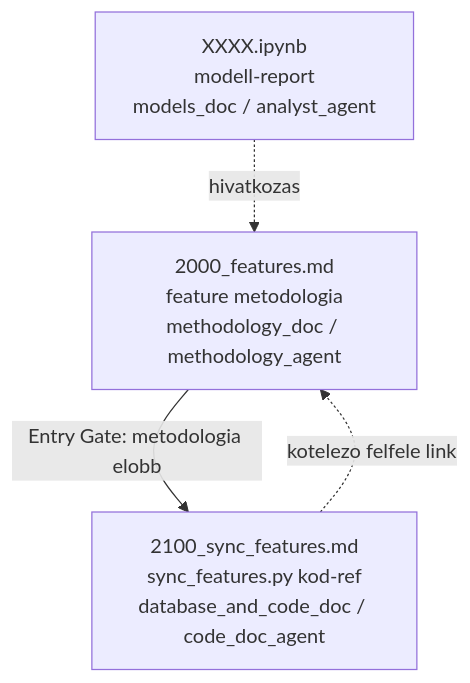
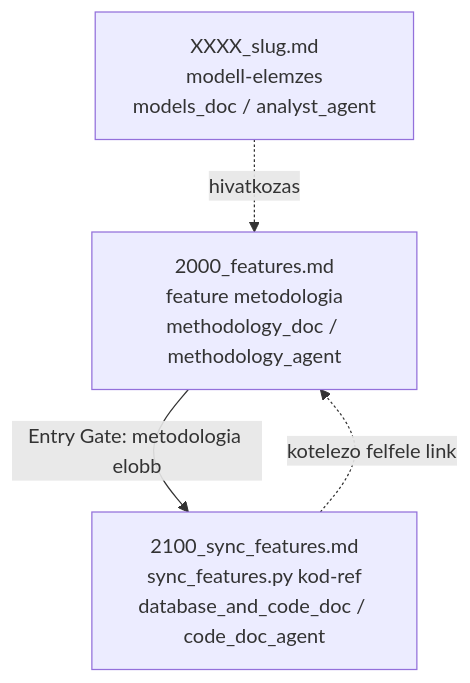
One commit to Nemesis14/chronoquant changed diagram 19 of 24 in _doc_/0001_agentic_system.md. Above: the diagram before and after it, drawn with Mermaid. The commit also changed other lines of this file and 1008 other files, not shown here.

````diff
--- a/_doc_/0001_agentic_system.md
+++ b/_doc_/0001_agentic_system.md
@@ -496,10 +495,10 @@
 ```mermaid
 flowchart TD
   A["2000_features.md\nfeature metodologia\nmethodology_doc / methodology_agent"]
   C["2100_sync_features.md\nsync_features.py kod-ref\ndatabase_and_code_doc / code_doc_agent"]
-  N["XXXX.ipynb\nmodell-report\nmodels_doc / analyst_agent"]
+  N["XXXX_slug.md\nmodell-elemzes\nmodels_doc / analyst_agent"]
 
   A -->|Entry Gate: metodologia elobb| C
   C -.->|kotelezo felfele link| A
   N -.->|hivatkozas| A
 ```
````
